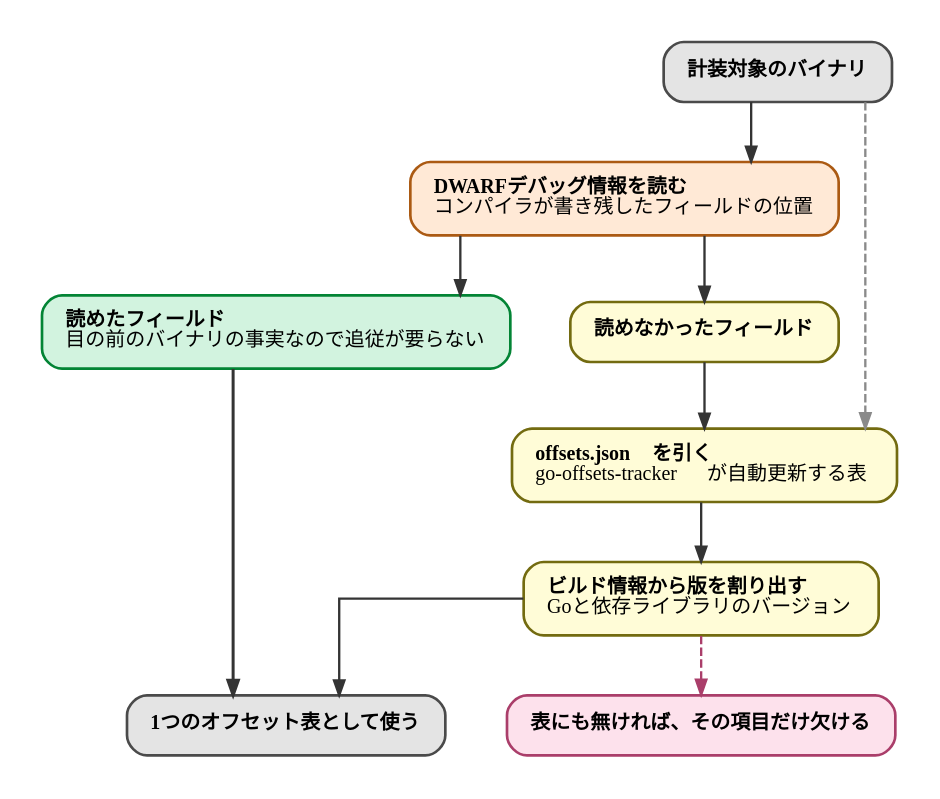
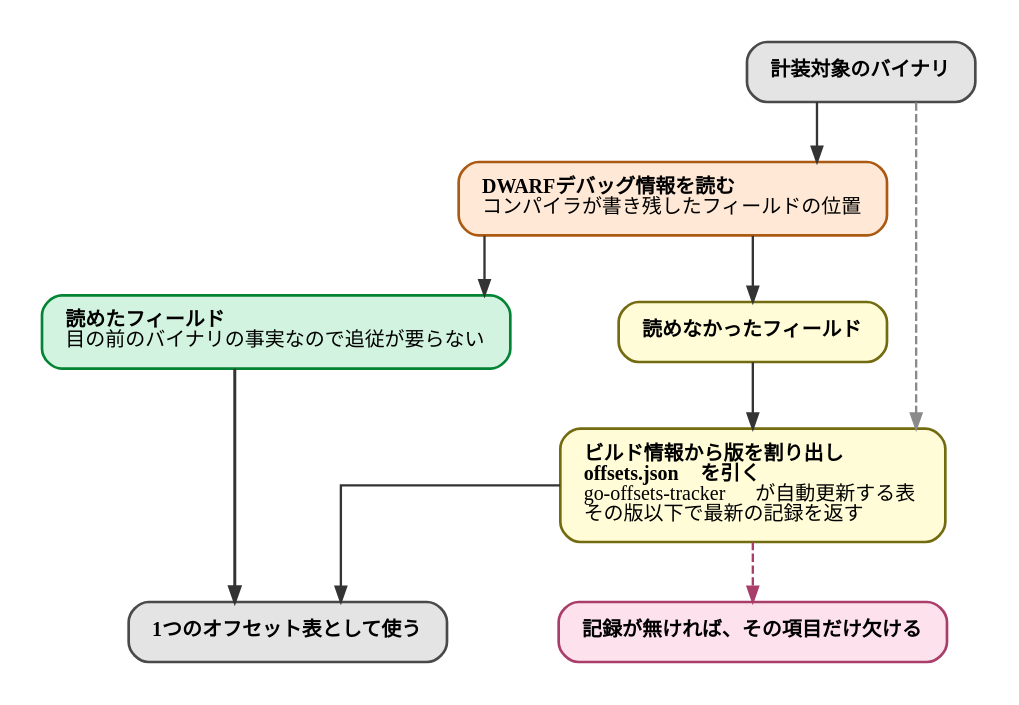
Before and after one commit to ymotongpoo/zenn.dev: the diagram in diagrams/go-ebpf-primer/20260820-offset-resolution.dot, drawn with Graphviz. The commit also changed 13 other files, not shown here.

First line of the commit message:
fix(go-ebpf-primer): 図の誤りを直し、本文のキャプションを整合させる

```diff
--- a/diagrams/go-ebpf-primer/20260820-offset-resolution.dot
+++ b/diagrams/go-ebpf-primer/20260820-offset-resolution.dot
@@ -1,50 +1,47 @@
 // オフセットを2つの情報源から集める
 digraph offset_resolution {
   graph [
     rankdir=TB, splines=ortho,
-    nodesep=0.5, ranksep=0.5, pad=0.25,
+    nodesep=0.9, ranksep=0.5, pad=0.25,
     fontname="IBM Plex Sans JP", fontsize=13,
     bgcolor="white"
   ];
   node [
     fontname="IBM Plex Sans JP", fontsize=12,
     shape=box, style="rounded,filled",
     fillcolor="#F1F1F1", color="#4A4A4A", penwidth=1.6,
     margin="0.2,0.14"
   ];
   edge [
     fontname="IBM Plex Sans JP", fontsize=11,
     color="#343434", penwidth=1.4, arrowsize=0.9,
     fontcolor="#171717"
   ];
 
   bin [label=<<b>計装対象のバイナリ</b>>, fillcolor="#E4E4E4"];
   dwarf [label=<<b>DWARFデバッグ情報を読む</b><br align="left"/>コンパイラが書き残したフィールドの位置<br align="left"/>>,
          fillcolor="#FFE9D6", color="#AB5A13"];
 
   got [label=<<b>読めたフィールド</b><br align="left"/>目の前のバイナリの事実なので追従が要らない<br align="left"/>>,
        fillcolor="#D2F3DF", color="#038435"];
   miss [label=<<b>読めなかったフィールド</b>>, fillcolor="#FFFCD7", color="#736B10"];
 
-  json [label=<<b><font face="JetBrains Mono">offsets.json</font> を引く</b><br align="left"/><font face="JetBrains Mono">go-offsets-tracker</font> が自動更新する表<br align="left"/>>,
+  json [label=<<b>ビルド情報から版を割り出し<br align="left"/><font face="JetBrains Mono">offsets.json</font> を引く</b><br align="left"/><font face="JetBrains Mono">go-offsets-tracker</font> が自動更新する表<br align="left"/>その版以下で最新の記録を返す<br align="left"/>>,
         fillcolor="#FFFCD7", color="#736B10"];
 
-  ver [label=<<b>ビルド情報から版を割り出す</b><br align="left"/>Goと依存ライブラリのバージョン<br align="left"/>>,
-       fillcolor="#FFFCD7", color="#736B10"];
-
   use [label=<<b>1つのオフセット表として使う</b>>, fillcolor="#E4E4E4"];
-  fail [label=<<b>表にも無ければ、その項目だけ欠ける</b>>, fillcolor="#FDE1EC", color="#AA3E6A"];
+  fail [label=<<b>記録が無ければ、その項目だけ欠ける</b>>, fillcolor="#FDE1EC", color="#AA3E6A"];
 
   bin -> dwarf;
   dwarf -> got;
   dwarf -> miss;
   bin -> json [style=dashed, color="#8A8A8A"];
   miss -> json;
-  json -> ver;
   got -> use [penwidth=1.8];
-  ver -> use;
-  ver -> fail [style=dashed, color="#AA3E6A"];
+  json -> use;
+  json -> fail [style=dashed, color="#AA3E6A"];
 
-  { rank=same; got; miss; }
-  { rank=same; use; fail; }
+  { rank=same; got; miss; got -> miss [style=invis]; }
+
+
 }
```
